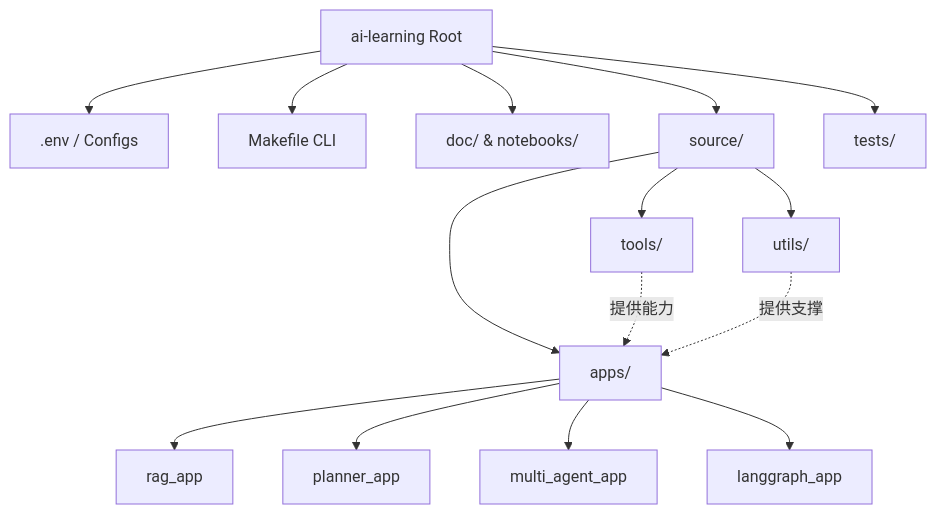
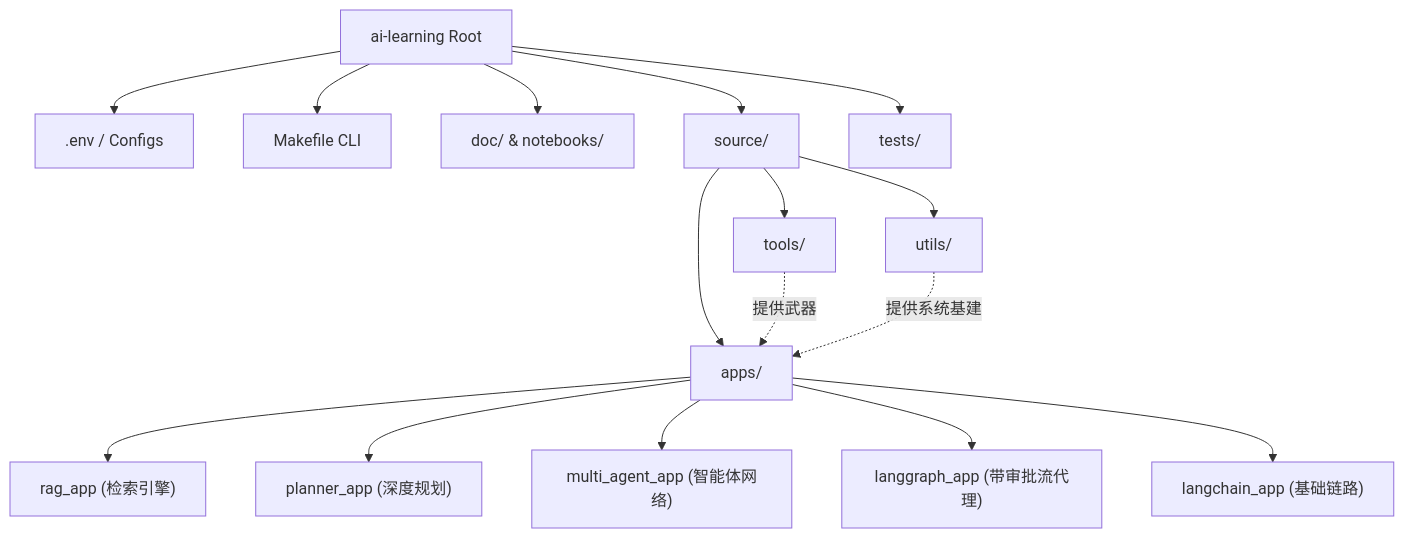
Before and after one commit to wangchong2023/ai-learning: the diagram in README.md, drawn with Mermaid. The commit also changed other lines of this file, not shown here.

````diff
--- a/README.md
+++ b/README.md
@@ -7,21 +9,22 @@
 ```mermaid
 graph TD
     Root["ai-learning Root"]
     Root --> Env[".env / Configs"]
     Root --> Makefile["Makefile CLI"]
     Root --> Docs["doc/ & notebooks/"]
     Root --> Source["source/"]
     Root --> Tests["tests/"]
     
     Source --> Apps["apps/"]
     Source --> Tools["tools/"]
     Source --> Utils["utils/"]
     
-    Apps --> RAG["rag_app"]
-    Apps --> Planner["planner_app"]
-    Apps --> Multi["multi_agent_app"]
-    Apps --> Graph["langgraph_app"]
+    Apps --> RAG["rag_app (检索引擎)"]
+    Apps --> Planner["planner_app (深度规划)"]
+    Apps --> Multi["multi_agent_app (智能体网络)"]
+    Apps --> Graph["langgraph_app (带审批流代理)"]
+    Apps --> Base["langchain_app (基础链路)"]
     
-    Tools -.->|提供能力| Apps
-    Utils -.->|提供支撑| Apps
+    Tools -.->|提供武器| Apps
+    Utils -.->|提供系统基建| Apps
 ```
````
